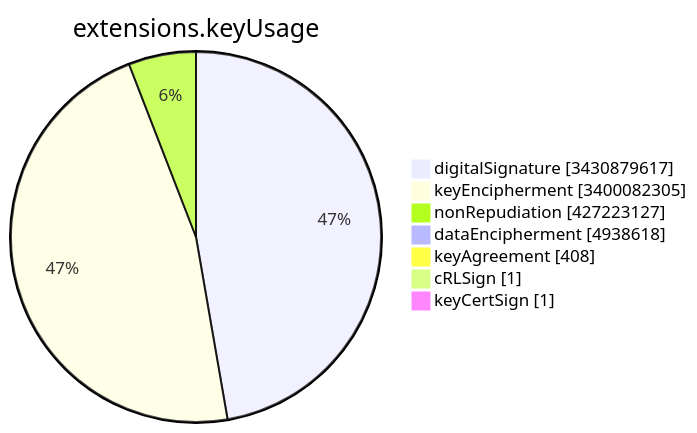
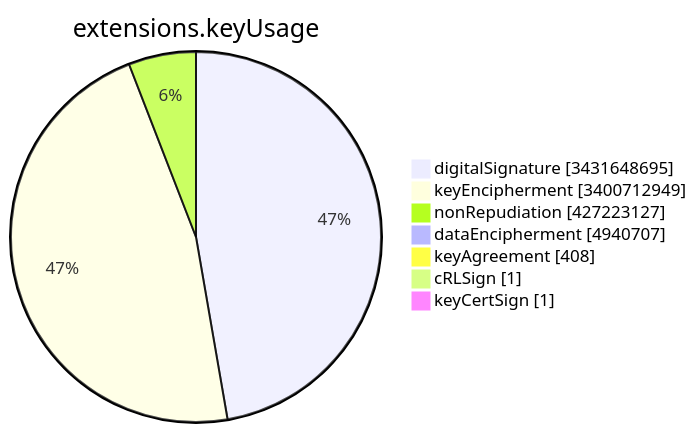
The sixth of 15 diagrams in TOTAL/README.md (christiankrug/ctmonitor_visualization), drawn with Mermaid before and after one commit. The commit also changed other lines of this file, not shown here.

````diff
--- a/TOTAL/README.md
+++ b/TOTAL/README.md
@@ -3081,11 +3081,11 @@
 ```mermaid
 pie showData
 title extensions.keyUsage
-"digitalSignature" :3430879617
-"keyEncipherment" :3400082305
+"digitalSignature" :3431648695
+"keyEncipherment" :3400712949
 "nonRepudiation" :427223127
-"dataEncipherment" :4938618
+"dataEncipherment" :4940707
 "keyAgreement" :408
 "cRLSign" :1
 "keyCertSign" :1
 ```
````
